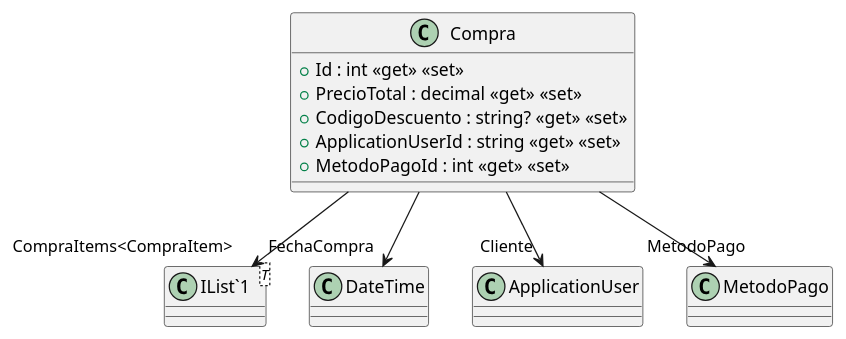
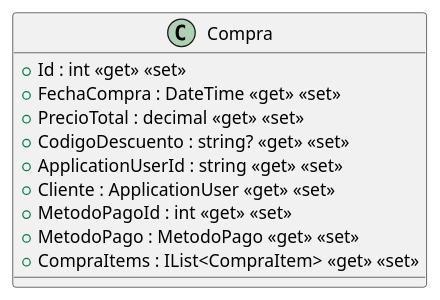
One commit to ISII2627JRJ/ISII2627JRJ changed the diagram in src/AppForSEII.API/ClassDiagram/Compra.puml. Above: the diagram before and after it, drawn with PlantUML. The commit also changed 11 other files, not shown here.

First line of the commit message:
Desarrollo de la clase paypal y actualizacion de diagramas uml (#42)

```diff
--- a/src/AppForSEII.API/ClassDiagram/Compra.puml
+++ b/src/AppForSEII.API/ClassDiagram/Compra.puml
@@ -1,15 +1,13 @@
 @startuml
 class Compra {
     + Id : int <<get>> <<set>>
+    + FechaCompra : DateTime <<get>> <<set>>
     + PrecioTotal : decimal <<get>> <<set>>
     + CodigoDescuento : string? <<get>> <<set>>
     + ApplicationUserId : string <<get>> <<set>>
+    + Cliente : ApplicationUser <<get>> <<set>>
     + MetodoPagoId : int <<get>> <<set>>
+    + MetodoPago : MetodoPago <<get>> <<set>>
+    + CompraItems : IList<CompraItem> <<get>> <<set>>
 }
-class "IList`1"<T> {
-}
-Compra --> "FechaCompra" DateTime
-Compra --> "Cliente" ApplicationUser
-Compra --> "MetodoPago" MetodoPago
-Compra --> "CompraItems<CompraItem>" "IList`1"
 @enduml
```
